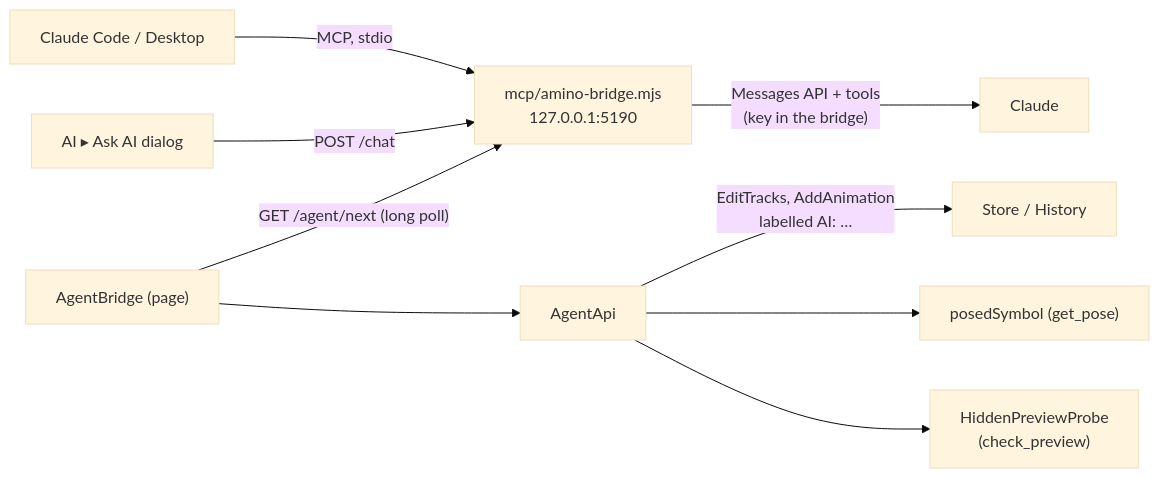
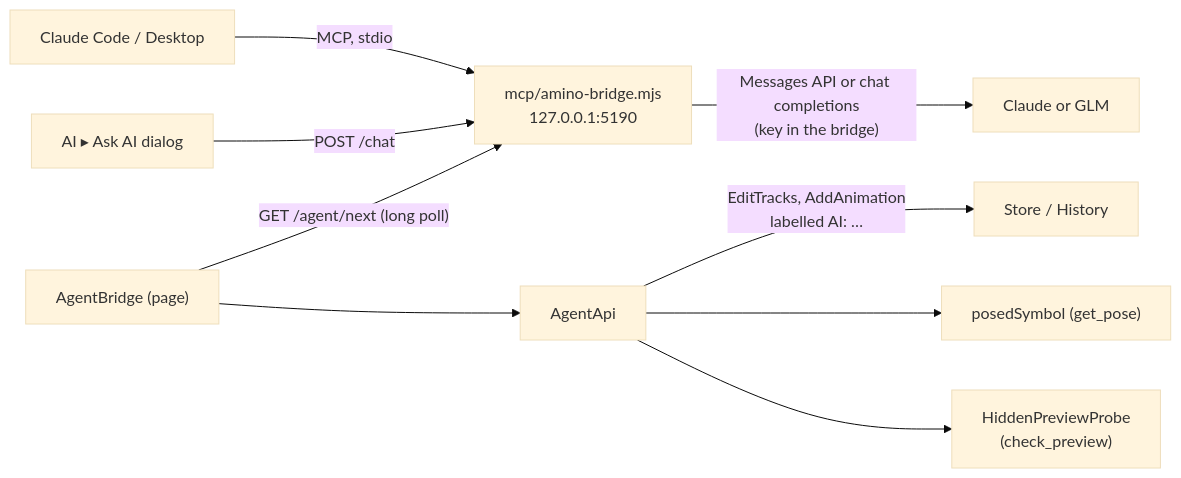
Before and after one commit to 12pnp/M0-Animation-2D: the fifth of 6 diagrams in docs/ARCHITECTURE.md, drawn with Mermaid (base theme). The commit also changed other lines of this file and 10 other files, not shown here.

````diff
--- a/docs/ARCHITECTURE.md
+++ b/docs/ARCHITECTURE.md
@@ -932,11 +932,11 @@
 ```mermaid
 flowchart LR
     CC["Claude Code / Desktop"] -->|"MCP, stdio"| BR["mcp/amino-bridge.mjs<br/>127.0.0.1:5190"]
     ASK["AI ▸ Ask AI dialog"] -->|"POST /chat"| BR
-    BR -->|"Messages API + tools<br/>(key in the bridge)"| CL["Claude"]
+    BR -->|"Messages API or chat completions<br/>(key in the bridge)"| CL["Claude or GLM"]
     PAGE["AgentBridge (page)"] -->|"GET /agent/next (long poll)"| BR
     PAGE --> API["AgentApi"]
     API -->|"EditTracks, AddAnimation<br/>labelled AI: …"| ST["Store / History"]
     API --> POSE["posedSymbol (get_pose)"]
     API --> PROBE["HiddenPreviewProbe<br/>(check_preview)"]
 ```
````
